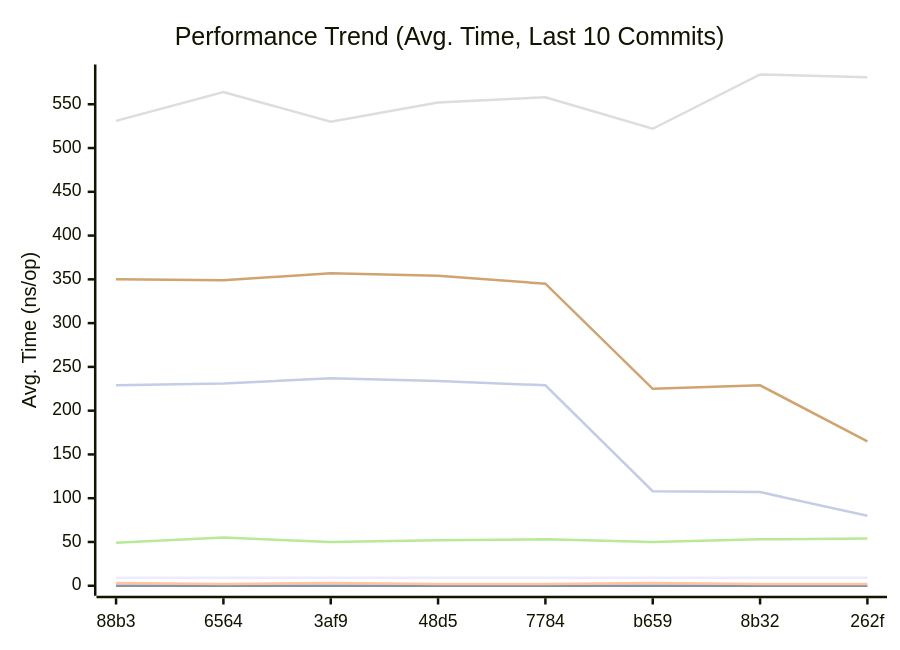
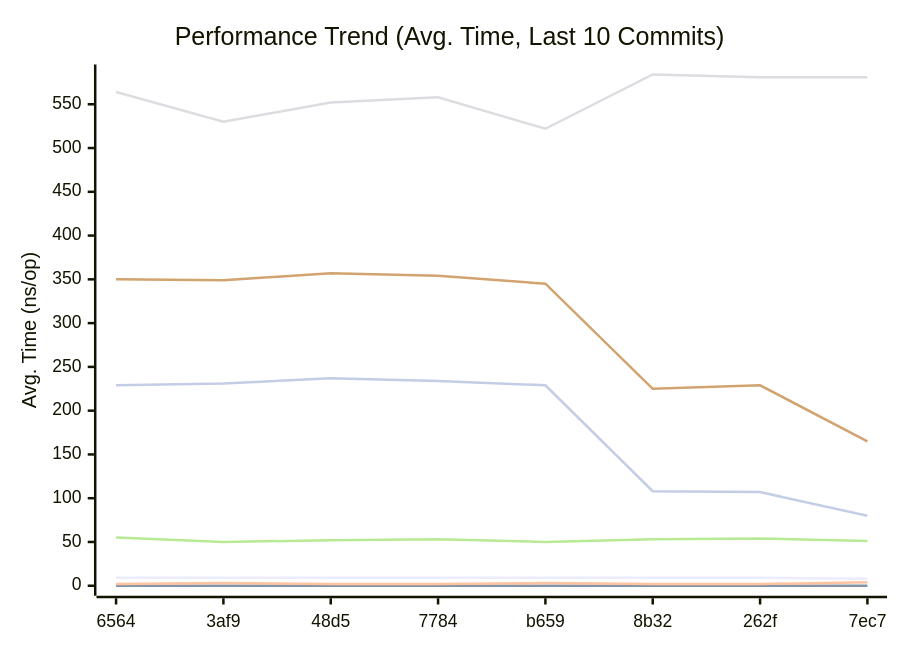
One commit to alsotoes/momo changed the first of 3 diagrams in doc/README.md. Above: the diagram before and after it, drawn with Mermaid. The commit also changed other lines of this file and 1 other file, not shown here.

````diff
--- a/doc/README.md
+++ b/doc/README.md
@@ -296,14 +296,14 @@
 ```mermaid
 xychart-beta
     title "Performance Trend (Avg. Time, Last 10 Commits)"
     x-axis "Commit"
     y-axis "Avg. Time (ns/op)"
-    x-axis [88b3,6564,3af9,48d5,7784,b659,8b32,262f]
-    line "CheckMetricsAndSwap" [9,9,9,9,9,9,9,9,8,9]
+    x-axis [6564,3af9,48d5,7784,b659,8b32,262f,7ec7]
+    line "CheckMetricsAndSwap" [9,9,9,9,9,9,9,8,9,10]
     line "IndexDirectTracking" [0,0,0,0,0,0,0,0,0,0]
-    line "IndexSearch" [3,2,3,2,2,3,2,2,4,3]
-    line "LoadGlobalConfig" [531,564,530,552,558,522,584,581,581,595]
-    line "PadString" [49,55,50,52,53,50,53,54,51,54]
+    line "IndexSearch" [2,3,2,2,3,2,2,4,3,3]
+    line "LoadGlobalConfig" [564,530,552,558,522,584,581,581,595,544]
+    line "PadString" [55,50,52,53,50,53,54,51,54,50]
     line "ParseReplicationOrder_NoPrealloc" [350,349,357,354,345,225,229,165,232,234]
     line "ParseReplicationOrder_Prealloc" [229,231,237,234,229,108,107,80,110,109]
 ```
````
